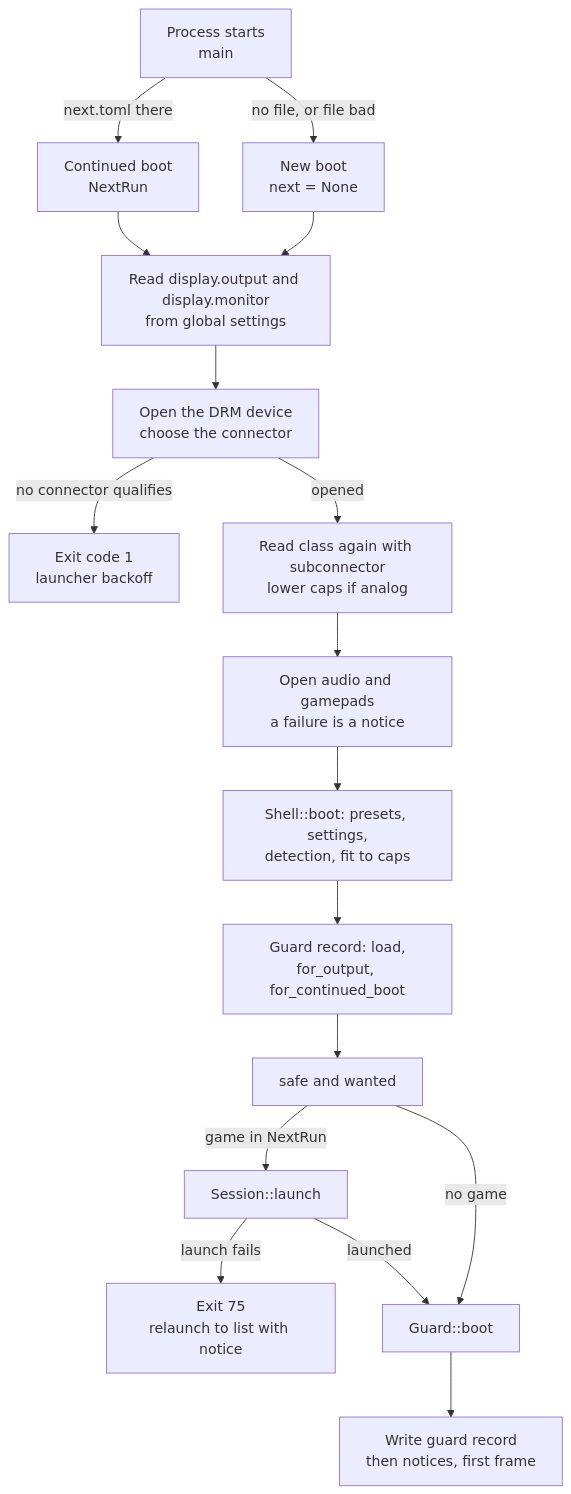
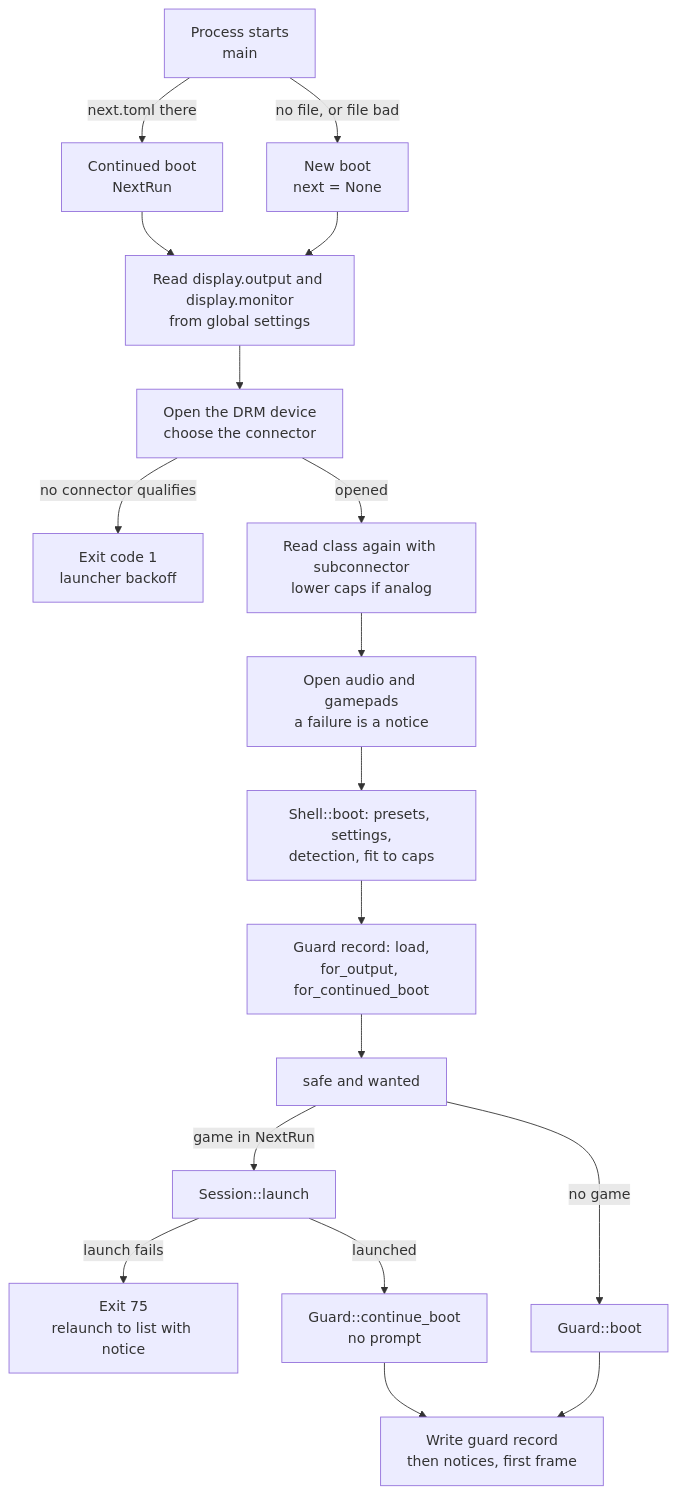
Before and after one commit to paologaleotti/neptron: the first of 5 diagrams in docs/flows/02-frontend-boot.md, drawn with Mermaid. The commit also changed other lines of this file and 10 other files, not shown here.

First line of the commit message:
fix(app): start a game run with no boot prompt

````diff
--- a/docs/flows/02-frontend-boot.md
+++ b/docs/flows/02-frontend-boot.md
@@ -11,19 +11,20 @@
 ```mermaid
 flowchart TD
     A["Process starts<br/>main"] -->|"next.toml there"| B["Continued boot<br/>NextRun"]
     A -->|"no file, or file bad"| C["New boot<br/>next = None"]
     B --> D["Read display.output and display.monitor<br/>from global settings"]
     C --> D
     D --> E["Open the DRM device<br/>choose the connector"]
     E -->|"no connector qualifies"| X["Exit code 1<br/>launcher backoff"]
     E -->|"opened"| F["Read class again with subconnector<br/>lower caps if analog"]
     F --> G["Open audio and gamepads<br/>a failure is a notice"]
     G --> H["Shell::boot: presets, settings,<br/>detection, fit to caps"]
     H --> I["Guard record: load,<br/>for_output, for_continued_boot"]
     I --> J["safe and wanted"]
     J -->|"game in NextRun"| K["Session::launch"]
     K -->|"launch fails"| R["Exit 75<br/>relaunch to list with notice"]
-    K -->|"launched"| L["Guard::boot"]
-    J -->|"no game"| L
+    K -->|"launched"| L2["Guard::continue_boot<br/>no prompt"]
+    J -->|"no game"| L["Guard::boot"]
+    L2 --> M
     L --> M["Write guard record<br/>then notices, first frame"]
 ```
````
